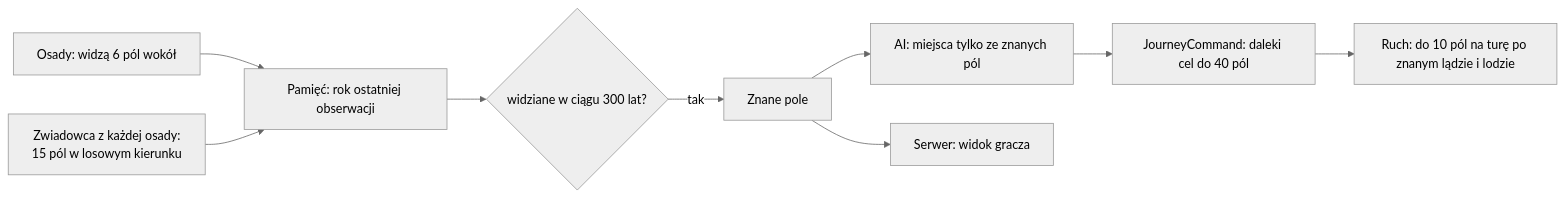
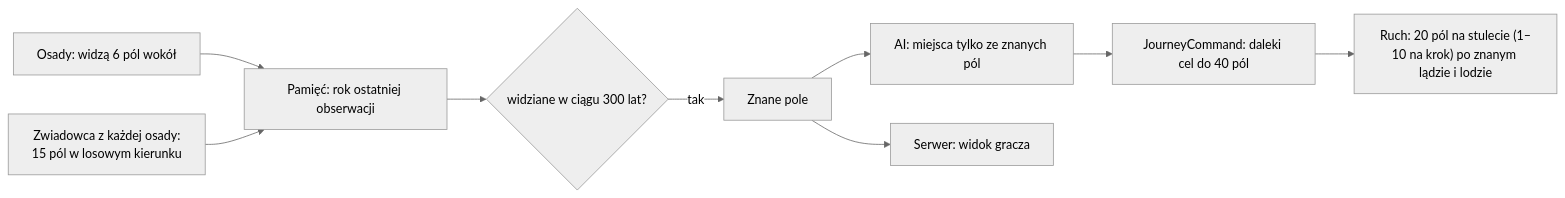
Before and after one commit to CoStellar/CivSim2: the diagram in docs/systems/perception.md, drawn with Mermaid (neutral theme). The commit also changed other lines of this file and 12 other files, not shown here.

````diff
--- a/docs/systems/perception.md
+++ b/docs/systems/perception.md
@@ -14,11 +14,11 @@
 ```mermaid
 flowchart LR
   S["Osady: widzą 6 pól wokół"] --> M["Pamięć: rok ostatniej obserwacji"]
   Z["Zwiadowca z każdej osady:<br/>15 pól w losowym kierunku"] --> M
   M --> K{"widziane w ciągu 300 lat?"}
   K -->|tak| KN["Znane pole"]
   KN --> AI["AI: miejsca tylko ze znanych pól"]
   KN --> V["Serwer: widok gracza"]
   AI --> J["JourneyCommand: daleki cel do 40 pól"]
-  J --> W["Ruch: do 10 pól na turę po znanym lądzie i lodzie"]
+  J --> W["Ruch: 20 pól na stulecie (1–10 na krok) po znanym lądzie i lodzie"]
 ```
````
